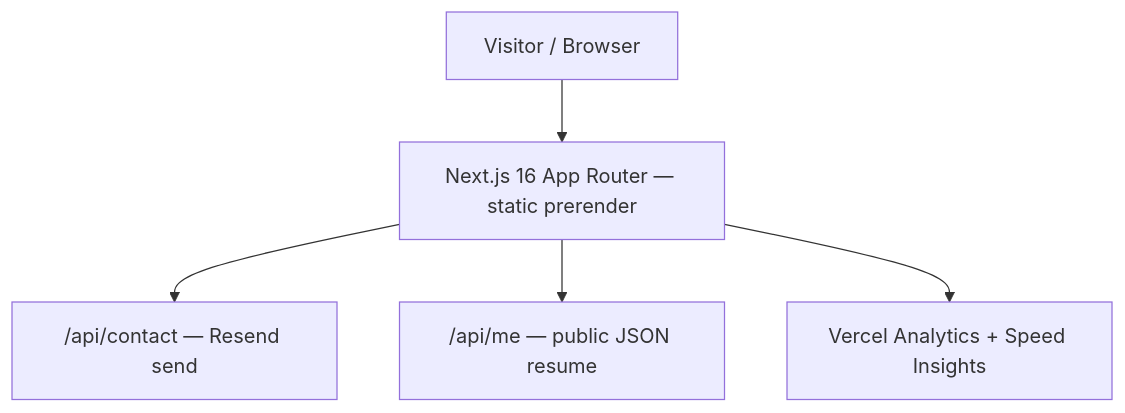
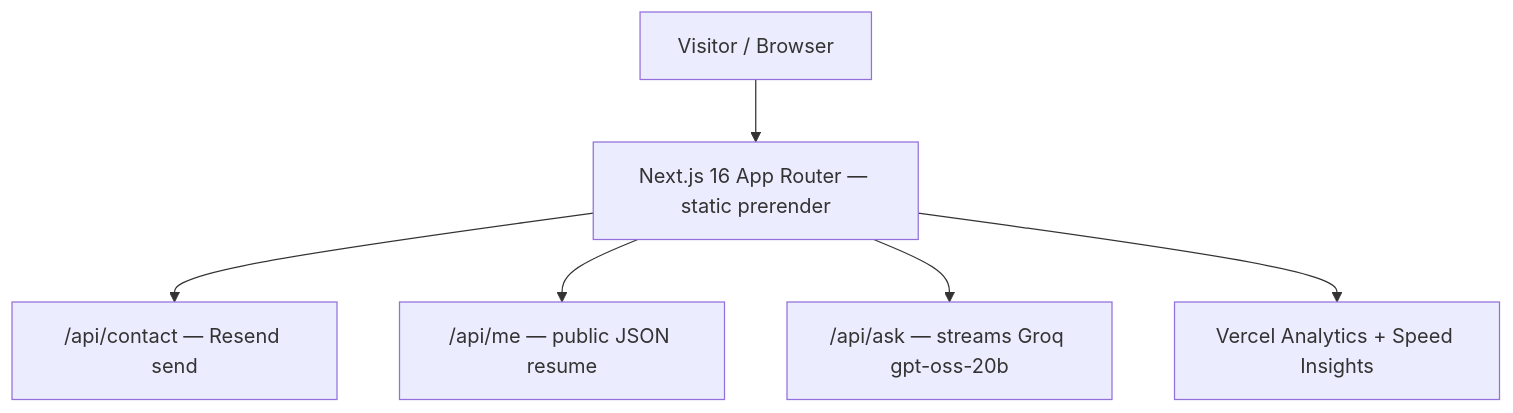
The diagram in docs/ARCHITECTURE.md (Chaitanya299/portfolio), drawn with Mermaid before and after one commit. The commit also changed other lines of this file and 13 other files, not shown here.

First line of the commit message:
feat: hero "Ask about my work" assistant on Groq free tier, Reddit build log, project count fix

````diff
--- a/docs/ARCHITECTURE.md
+++ b/docs/ARCHITECTURE.md
@@ -50,7 +58,8 @@
 ```mermaid
 flowchart TD
   Visitor[Visitor / Browser] --> App[Next.js 16 App Router — static prerender]
   App --> Contact["/api/contact — Resend send"]
   App --> Me["/api/me — public JSON resume"]
+  App --> Ask["/api/ask — streams Groq gpt-oss-20b"]
   App --> VA[Vercel Analytics + Speed Insights]
 ```
````
